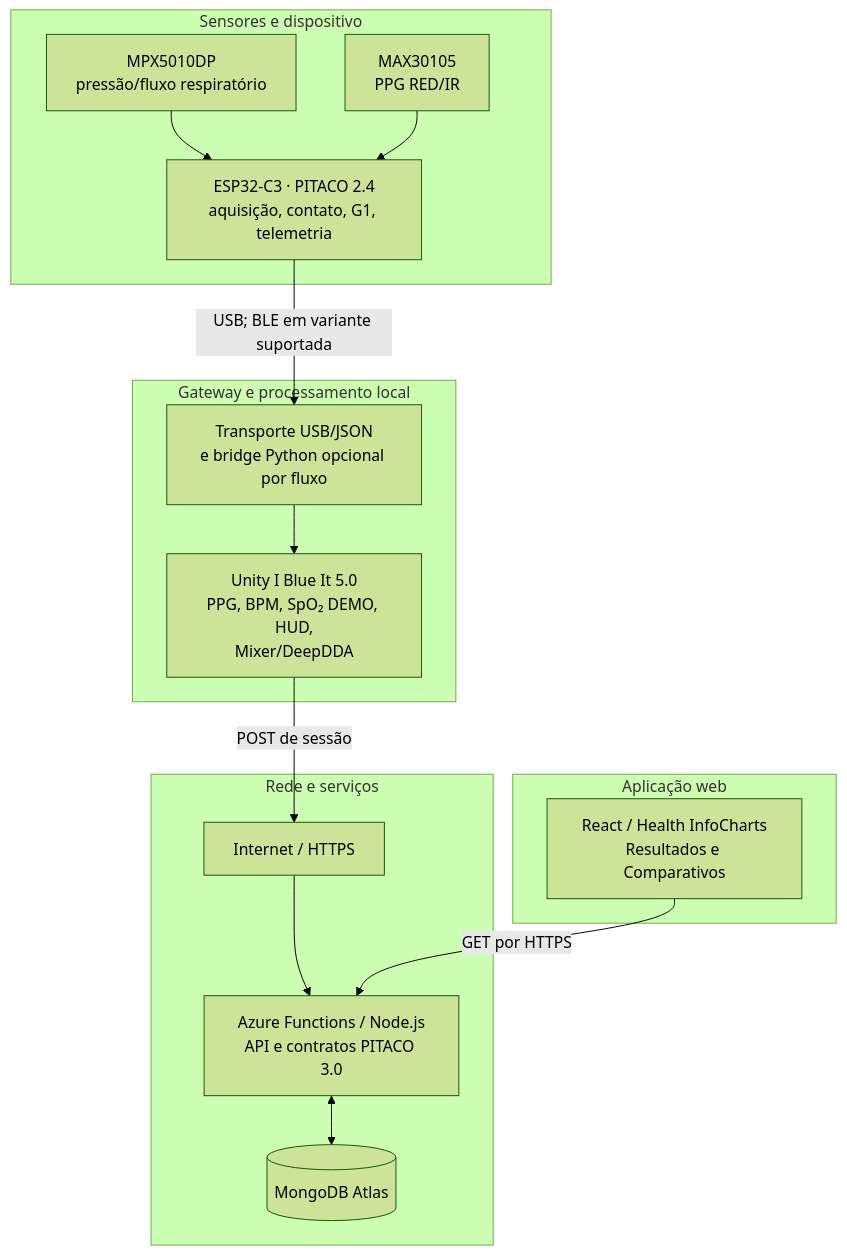
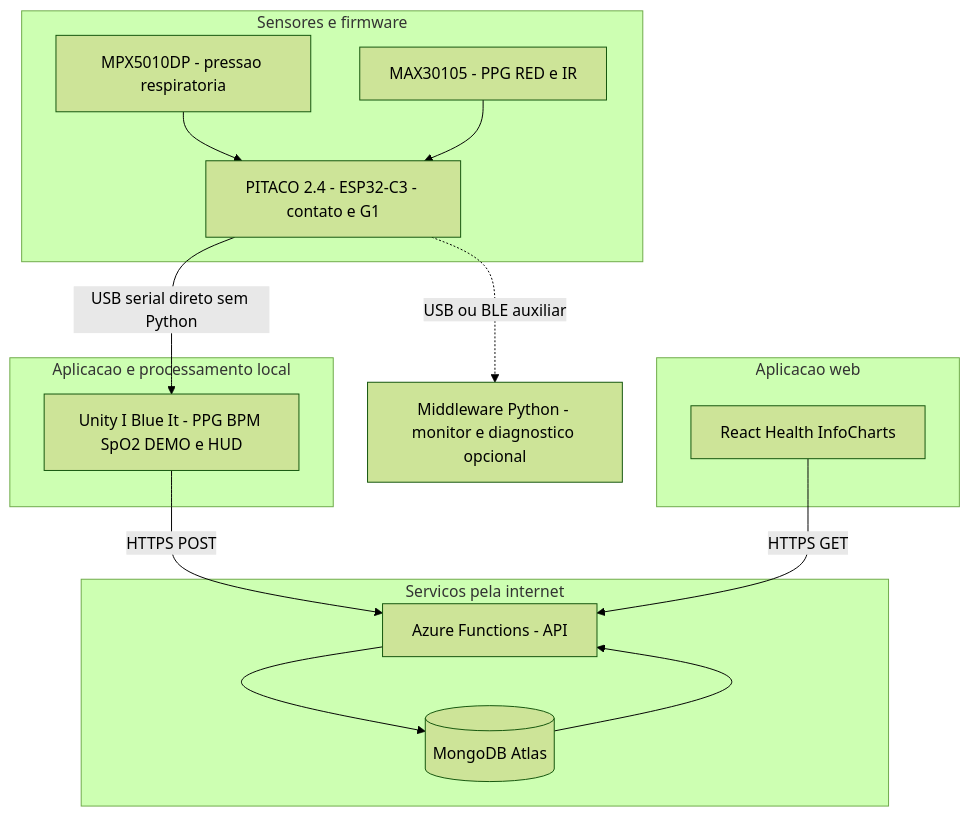
The second of 4 diagrams in docs/ARQUITETURA.md (PHV00/RFC-IBlueIt-Pitaco3.0-Multimodal), drawn with Mermaid (forest theme) before and after one commit. The commit also changed other lines of this file and 3 other files, not shown here.

Commit message:
docs: repair Mermaid rendering and clarify direct Unity USB connection

````diff
--- a/docs/ARQUITETURA.md
+++ b/docs/ARQUITETURA.md
@@ -29,28 +30,26 @@
-~~~mermaid
+```mermaid
 flowchart TB
-  subgraph S["Sensores e dispositivo"]
-    R["MPX5010DP<br/>pressão/fluxo respiratório"]
-    O["MAX30105<br/>PPG RED/IR"]
-    E["ESP32-C3 · PITACO 2.4<br/>aquisição, contato, G1, telemetria"]
-    R --> E
-    O --> E
-  end
-  subgraph L["Gateway e processamento local"]
-    B["Transporte USB/JSON<br/>e bridge Python opcional por fluxo"]
-    U["Unity I Blue It 5.0<br/>PPG, BPM, SpO₂ DEMO, HUD,<br/>Mixer/DeepDDA"]
-    B --> U
-  end
-  subgraph N["Rede e serviços"]
-    H["Internet / HTTPS"]
-    A["Azure Functions / Node.js<br/>API e contratos PITACO 3.0"]
-    M[("MongoDB Atlas")]
-    H --> A
-    A <--> M
-  end
-  subgraph V["Aplicação web"]
-    W["React / Health InfoCharts<br/>Resultados e Comparativos"]
-  end
-  E -->|"USB; BLE em variante suportada"| B
-  U -->|"POST de sessão"| H
-  W -->|"GET por HTTPS"| A
-~~~
+    subgraph Camada1 [Sensores e firmware]
+        R["MPX5010DP - pressao respiratoria"]
+        O["MAX30105 - PPG RED e IR"]
+        E["PITACO 2.4 - ESP32-C3 - contato e G1"]
+        R --> E
+        O --> E
+    end
+    subgraph Camada2 [Aplicacao e processamento local]
+        U["Unity I Blue It - PPG BPM SpO2 DEMO e HUD"]
+    end
+    subgraph Camada3 [Servicos pela internet]
+        A["Azure Functions - API"]
+        M[(MongoDB Atlas)]
+    end
+    subgraph Camada4 [Aplicacao web]
+        W["React Health InfoCharts"]
+    end
+    E -->|USB serial direto sem Python| U
+    E -.->|USB ou BLE auxiliar| PY["Middleware Python - monitor e diagnostico opcional"]
+    U -->|HTTPS POST| A
+    A --> M
+    M --> A
+    W -->|HTTPS GET| A
+```
````
